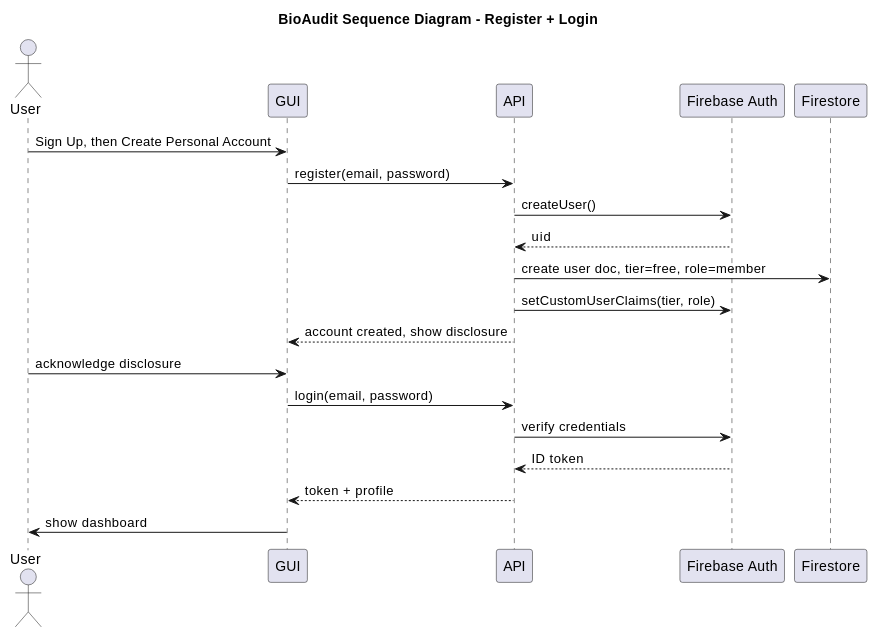
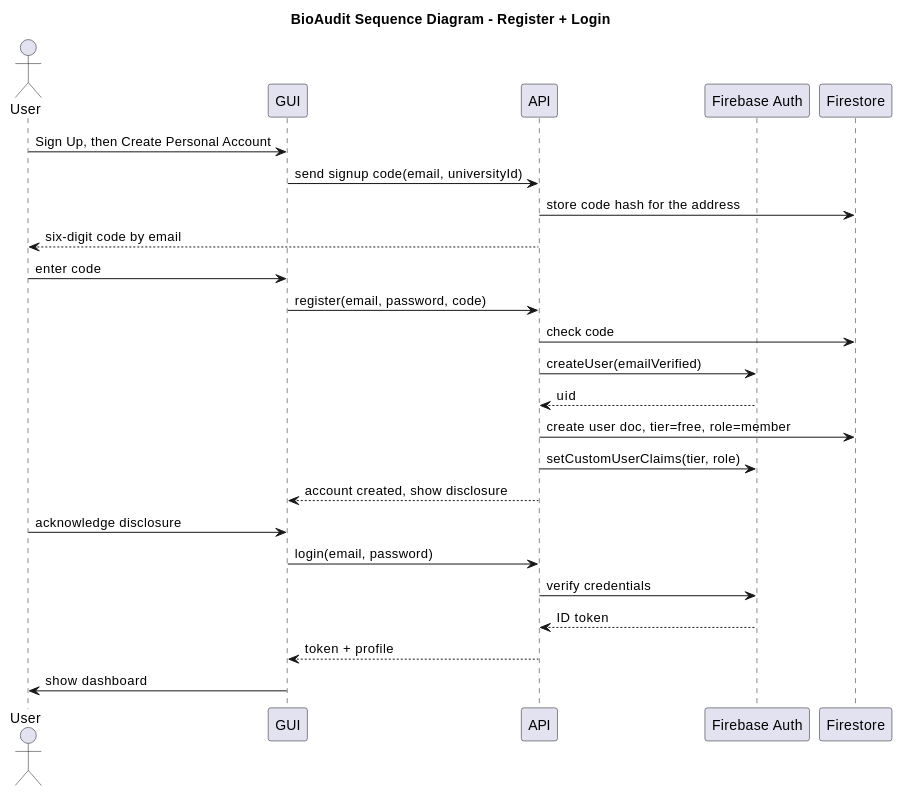
One commit to FYP-UOW-2026/Final_Year_Project changed the first of 7 diagrams in backend/docs/TDM-sequence-diagrams-plantuml.md. Above: the diagram before and after it, drawn with PlantUML. The commit also changed 21 other files, not shown here.

First line of the commit message:
Verify a student's university email before creating their account

````diff
--- a/backend/docs/TDM-sequence-diagrams-plantuml.md
+++ b/backend/docs/TDM-sequence-diagrams-plantuml.md
@@ -18,36 +18,41 @@
 ```plantuml
 @startuml
 title BioAudit Sequence Diagram - Register + Login
 
 skinparam roundCorner 5
 skinparam ParticipantBorderColor #181818
 skinparam ParticipantBorderThickness 0.5
 skinparam ParticipantFontColor #000000
 skinparam ParticipantFontSize 14
 skinparam ActorBorderColor #181818
 skinparam ActorFontColor #000000
 skinparam ActorFontSize 14
 skinparam SequenceLifeLineBorderColor #181818
 skinparam SequenceLifeLineBorderThickness 0.5
 
 actor User
 participant GUI
 participant API
 participant "Firebase Auth" as FBA
 participant Firestore
 
 User -> GUI: Sign Up, then Create Personal Account
-GUI -> API: register(email, password)
-API -> FBA: createUser()
+GUI -> API: send signup code(email, universityId)
+API -> Firestore: store code hash for the address
+API --> User: six-digit code by email
+User -> GUI: enter code
+GUI -> API: register(email, password, code)
+API -> Firestore: check code
+API -> FBA: createUser(emailVerified)
 FBA --> API: uid
 API -> Firestore: create user doc, tier=free, role=member
 API -> FBA: setCustomUserClaims(tier, role)
 API --> GUI: account created, show disclosure
 User -> GUI: acknowledge disclosure
 GUI -> API: login(email, password)
 API -> FBA: verify credentials
 FBA --> API: ID token
 API --> GUI: token + profile
 GUI -> User: show dashboard
 @enduml
 ```
````
